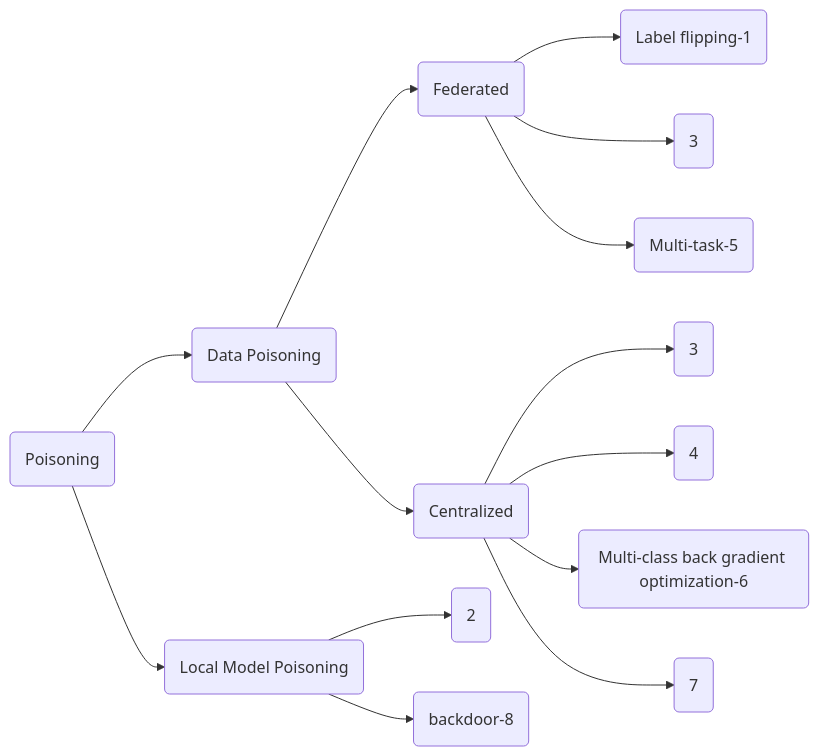
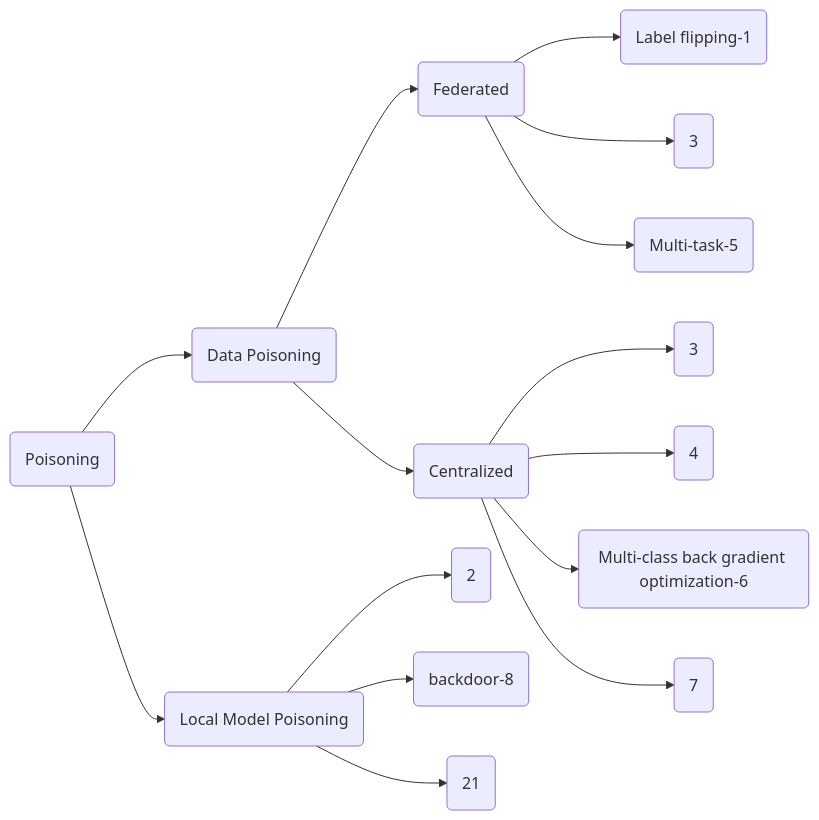
The second of 2 diagrams in README.md (GillHuang-Xtler/flPapers), drawn with Mermaid before and after one commit. The commit also changed other lines of this file, not shown here.

````diff
--- a/README.md
+++ b/README.md
@@ -259,16 +259,17 @@
 ```mermaid
 graph LR
 A(Poisoning)-->B1(Data Poisoning)
 A-->B2(Local Model Poisoning)
 B1-->C1(Federated)
 B1-->C2(Centralized)
 B2-->D1(2)
 B2-->D2(backdoor-8)
+B2-->D3(21)
 C1-->G1(Label flipping-1)
 C1-->G2(3)
 C1-->G3(Multi-task-5)
 C2-->H1(3)
 C2-->H2(4)
 C2-->H3(Multi-class back gradient optimization-6)
 C2-->H4(7)
 ```
````
